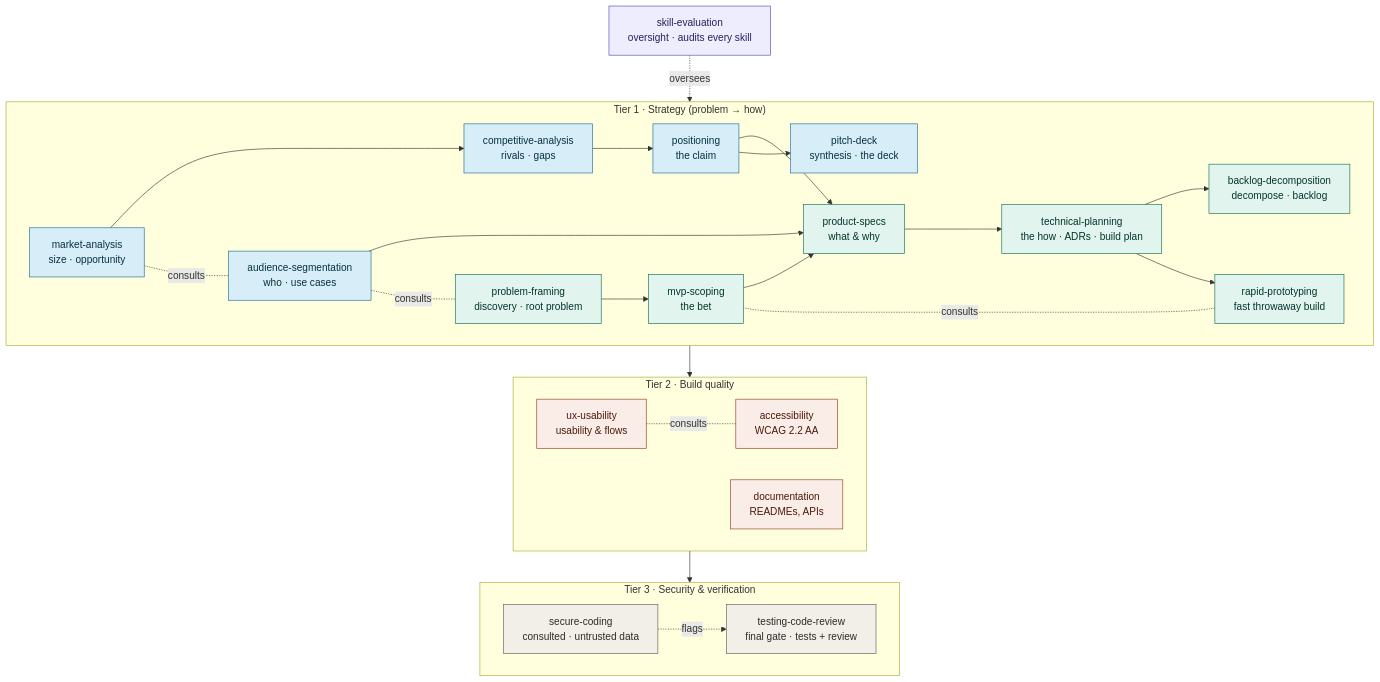
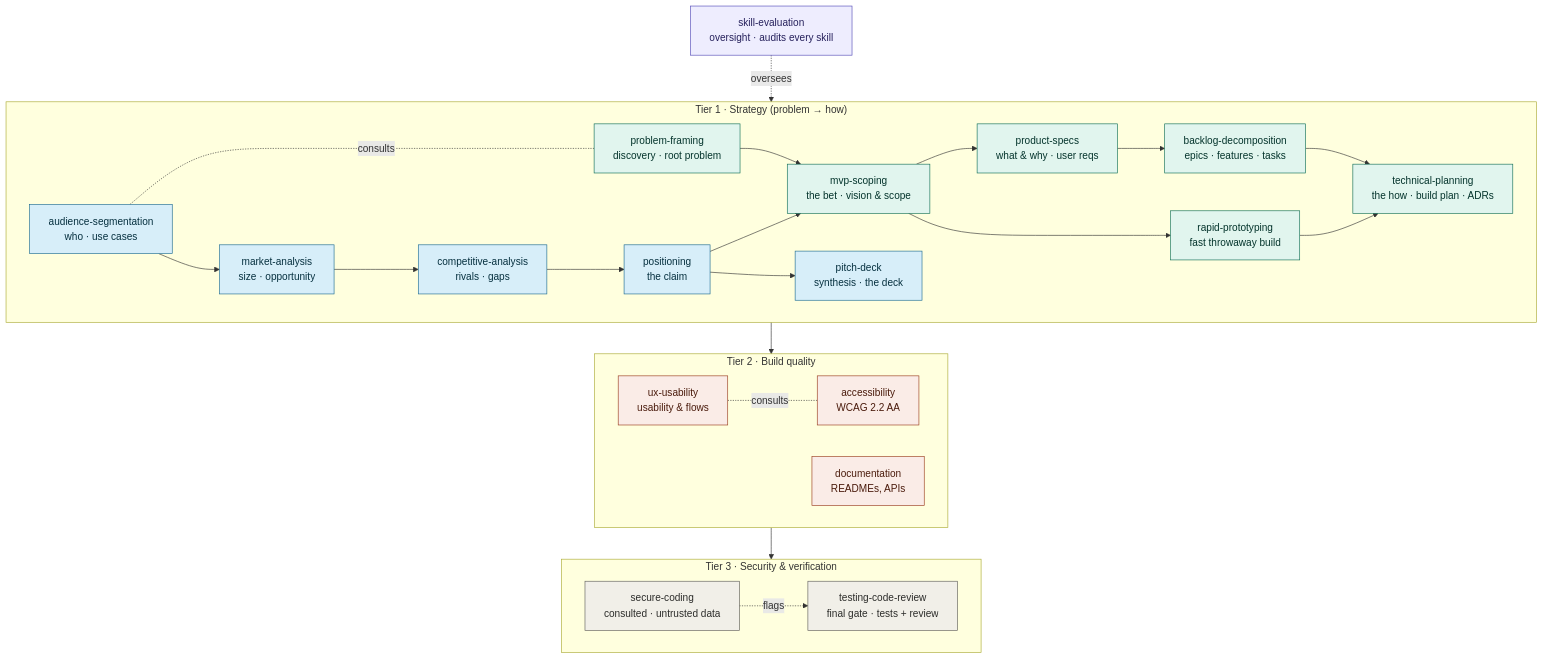
The diagram in docs/SKILLS-LIBRARY.md (ValeriyaMetla/AI-Development-Residency), drawn with Mermaid before and after one commit.

````diff
--- a/docs/SKILLS-LIBRARY.md
+++ b/docs/SKILLS-LIBRARY.md
@@ -118,42 +118,40 @@
 ```mermaid
 flowchart TD
     SE["skill-evaluation<br/>oversight · audits every skill"]
 
     subgraph S["Tier 1 · Strategy (problem → how)"]
       direction LR
-      PF["problem-framing<br/>discovery · root problem"] --> MVP["mvp-scoping<br/>the bet"] --> PS["product-specs<br/>what & why"] --> TP["technical-planning<br/>the how · ADRs · build plan"] --> BD["backlog-decomposition<br/>decompose · backlog"]
-      TP --> RP["rapid-prototyping<br/>fast throwaway build"]
-      RP -. consults .- MVP
-      AS["audience-segmentation<br/>who · use cases"] --> PS
-      MA["market-analysis<br/>size · opportunity"] --> CA["competitive-analysis<br/>rivals · gaps"] --> POS["positioning<br/>the claim"] --> PS
+      PF["problem-framing<br/>discovery · root problem"] --> MVP["mvp-scoping<br/>the bet · vision & scope"]
+      AS["audience-segmentation<br/>who · use cases"] --> MA["market-analysis<br/>size · opportunity"] --> CA["competitive-analysis<br/>rivals · gaps"] --> POS["positioning<br/>the claim"] --> MVP
+      MVP --> PS["product-specs<br/>what & why · user reqs"] --> BD["backlog-decomposition<br/>epics · features · tasks"] --> TP["technical-planning<br/>the how · build plan · ADRs"]
+      MVP --> RP["rapid-prototyping<br/>fast throwaway build"] --> TP
       POS --> PD["pitch-deck<br/>synthesis · the deck"]
       AS -. consults .- PF
-      MA -. consults .- AS
     end
 
     subgraph B["Tier 2 · Build quality"]
       direction LR
       UX["ux-usability<br/>usability & flows"] -. consults .- A["accessibility<br/>WCAG 2.2 AA"]
       D["documentation<br/>READMEs, APIs"]
     end
 
     subgraph G["Tier 3 · Security & verification"]
       direction LR
       SEC["secure-coding<br/>consulted · untrusted data"] -. flags .-> TCR["testing-code-review<br/>final gate · tests + review"]
     end
 
     SE -. oversees .-> S
-    BD --> B
+    TP --> B
     B --> G
 
     classDef strat fill:#E1F5EE,stroke:#0F6E56,color:#04342C;
     classDef disc fill:#D7EEF9,stroke:#1C6A91,color:#06303F;
     classDef build fill:#FAECE7,stroke:#993C1D,color:#4A1B0C;
     classDef gate fill:#F1EFE8,stroke:#5F5E5A,color:#2C2C2A;
     classDef over fill:#EEEDFE,stroke:#534AB7,color:#26215C;
     class PF,MVP,PS,TP,BD,RP strat;
     class AS,MA,CA,POS,PD disc;
     class UX,A,D build;
     class SEC,TCR gate;
     class SE over;
 ```
````
